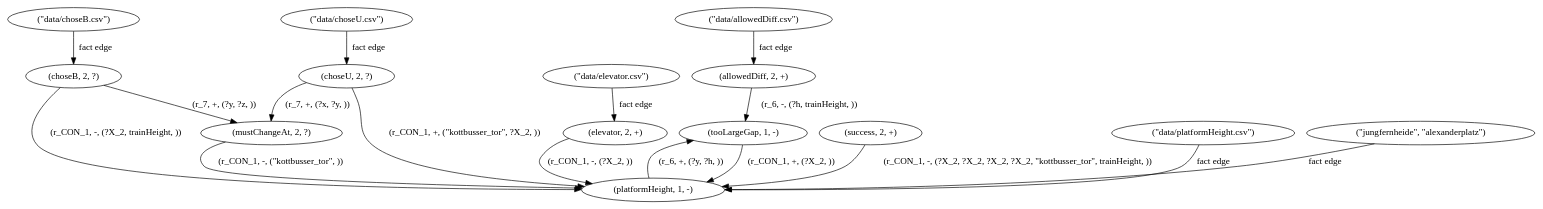
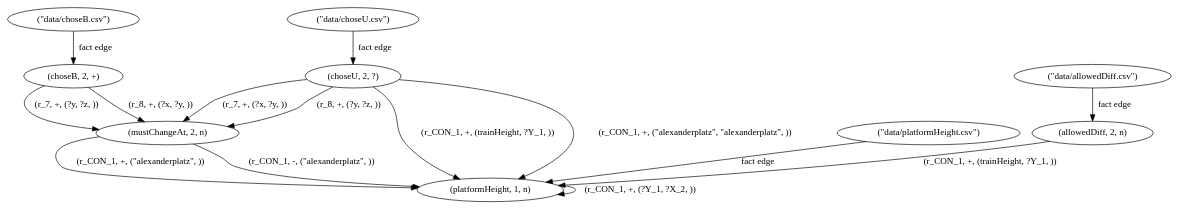
Before and after one commit to Leo-Aus-Berlin/nemo-metamorphic-testing: the diagram in mtf_EXP_20781/debug/11adg_restricted_to_platformHeight.dot, drawn with Graphviz. The commit also changed 87 other files, not shown here.

```diff
--- a/mtf_EXP_20781/debug/11adg_restricted_to_platformHeight.dot
+++ b/mtf_EXP_20781/debug/11adg_restricted_to_platformHeight.dot
@@ -1,32 +1,25 @@
 digraph {
-    0 [ label = "(allowedDiff, 2, +)" ]
-    2 [ label = "(choseB, 2, ?)" ]
+    0 [ label = "(allowedDiff, 2, n)" ]
+    2 [ label = "(choseB, 2, +)" ]
     3 [ label = "(choseU, 2, ?)" ]
-    4 [ label = "(elevator, 2, +)" ]
-    5 [ label = "(mustChangeAt, 2, ?)" ]
-    6 [ label = "(platformHeight, 1, -)" ]
-    8 [ label = "(success, 2, +)" ]
-    9 [ label = "(tooLargeGap, 1, -)" ]
+    5 [ label = "(mustChangeAt, 2, n)" ]
+    6 [ label = "(platformHeight, 1, n)" ]
     11 [ label = "(\"data/choseU.csv\")" ]
     12 [ label = "(\"data/choseB.csv\")" ]
-    13 [ label = "(\"data/elevator.csv\")" ]
     14 [ label = "(\"data/platformHeight.csv\")" ]
     15 [ label = "(\"data/allowedDiff.csv\")" ]
-    16 [ label = "(\"jungfernheide\", \"alexanderplatz\")" ]
     11 -> 3 [ label = "fact edge" ]
     12 -> 2 [ label = "fact edge" ]
-    13 -> 4 [ label = "fact edge" ]
     14 -> 6 [ label = "fact edge" ]
     15 -> 0 [ label = "fact edge" ]
-    3 -> 6 [ label = "(r_CON_1, +, (\"kottbusser_tor\", ?X_2, ))" ]
-    9 -> 6 [ label = "(r_CON_1, +, (?X_2, ))" ]
-    8 -> 6 [ label = "(r_CON_1, -, (?X_2, ?X_2, ?X_2, ?X_2, \"kottbusser_tor\", trainHeight, ))" ]
-    16 -> 6 [ label = "fact edge" ]
-    6 -> 9 [ label = "(r_6, +, (?y, ?h, ))" ]
-    0 -> 9 [ label = "(r_6, -, (?h, trainHeight, ))" ]
+    0 -> 6 [ label = "(r_CON_1, +, (trainHeight, ?Y_1, ))" ]
+    3 -> 6 [ label = "(r_CON_1, +, (trainHeight, ?Y_1, ))" ]
     3 -> 5 [ label = "(r_7, +, (?x, ?y, ))" ]
     2 -> 5 [ label = "(r_7, +, (?y, ?z, ))" ]
-    2 -> 6 [ label = "(r_CON_1, -, (?X_2, trainHeight, ))" ]
-    5 -> 6 [ label = "(r_CON_1, -, (\"kottbusser_tor\", ))" ]
-    4 -> 6 [ label = "(r_CON_1, -, (?X_2, ))" ]
+    2 -> 5 [ label = "(r_8, +, (?x, ?y, ))" ]
+    3 -> 5 [ label = "(r_8, +, (?y, ?z, ))" ]
+    6 -> 6 [ label = "(r_CON_1, +, (?Y_1, ?X_2, ))" ]
+    5 -> 6 [ label = "(r_CON_1, +, (\"alexanderplatz\", ))" ]
+    3 -> 6 [ label = "(r_CON_1, +, (\"alexanderplatz\", \"alexanderplatz\", ))" ]
+    5 -> 6 [ label = "(r_CON_1, -, (\"alexanderplatz\", ))" ]
 }
```
